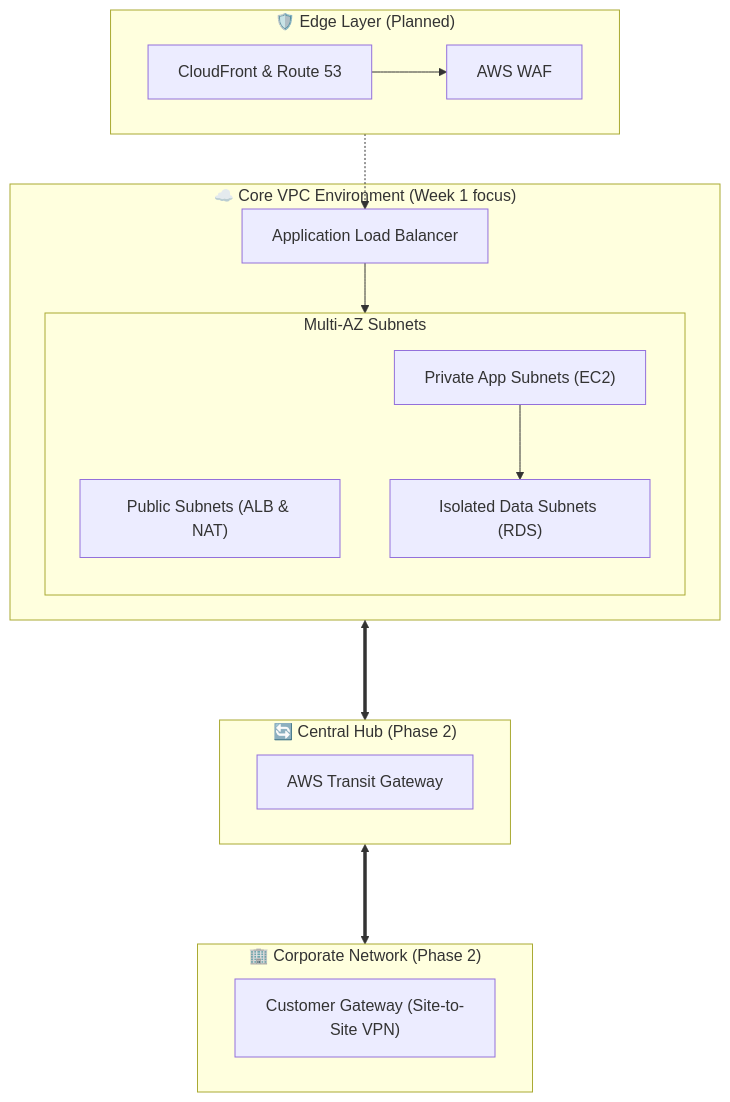
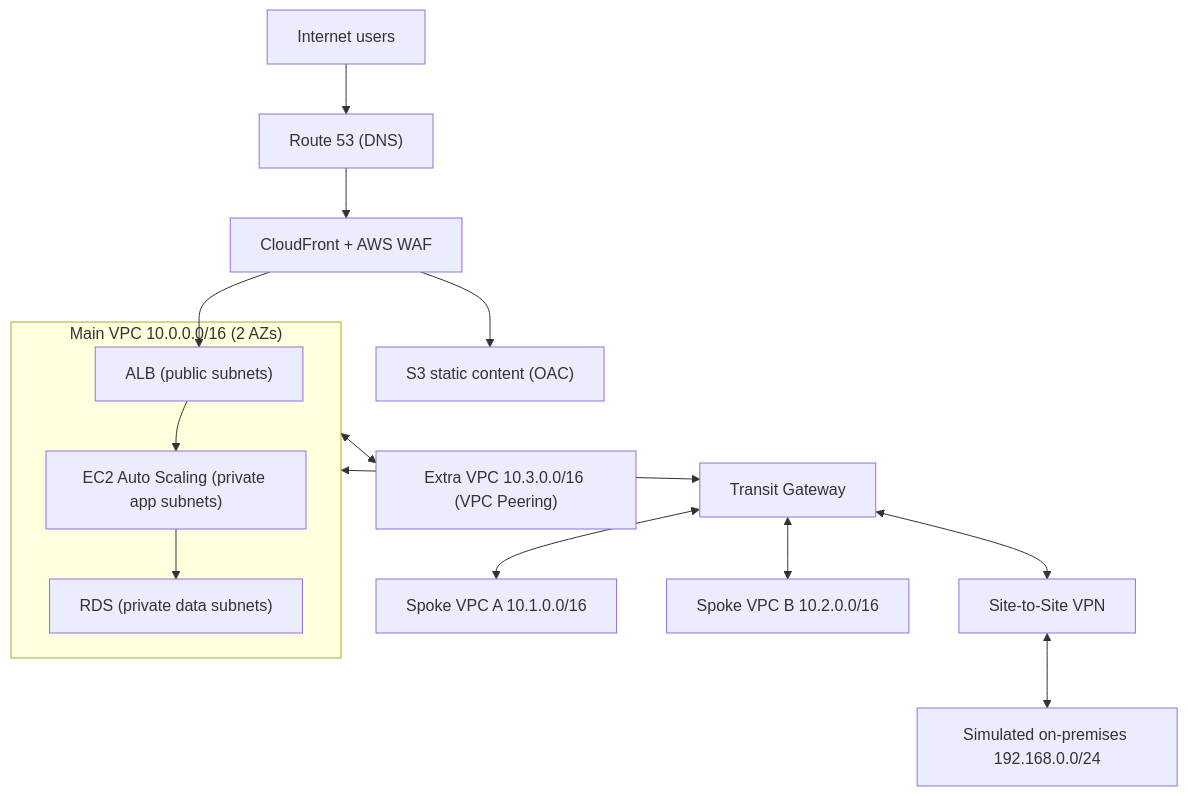
Before and after one commit to zyada7med2/depi-aws-network-architecture: the diagram in README.md, drawn with Mermaid. The commit also changed other lines of this file, not shown here.

````diff
--- a/README.md
+++ b/README.md
@@ -36,30 +48,19 @@
 ```mermaid
 flowchart TB
-    subgraph Edge[" 🛡️ Edge Layer (Planned) "]
-        CF["CloudFront & Route 53"] --> WAF["AWS WAF"]
+    Users["Internet users"] --> R53["Route 53 (DNS)"]
+    R53 --> CF["CloudFront + AWS WAF"]
+    CF --> S3["S3 static content (OAC)"]
+    CF --> ALB
+
+    subgraph Main["Main VPC 10.0.0.0/16 (2 AZs)"]
+        ALB["ALB (public subnets)"] --> App["EC2 Auto Scaling (private app subnets)"]
+        App --> DB["RDS (private data subnets)"]
     end
 
-    subgraph Core_VPC[" ☁️ Core VPC Environment (Week 1 focus) "]
-        ALB["Application Load Balancer"]
-        subgraph Subnets["Multi-AZ Subnets"]
-            direction TB
-            Pub["Public Subnets (ALB & NAT)"]
-            App["Private App Subnets (EC2)"]
-            DB["Isolated Data Subnets (RDS)"]
-        end
-        ALB --> App
-        App --> DB
-    end
-
-    subgraph Hub[" 🔄 Central Hub (Phase 2) "]
-        TGW["AWS Transit Gateway"]
-    end
-
-    subgraph OnPrem[" 🏢 Corporate Network (Phase 2) "]
-        CGW["Customer Gateway (Site-to-Site VPN)"]
-    end
-
-    Edge -.-> ALB
-    Core_VPC <===> Hub
-    Hub <===> OnPrem
+    Main <--> TGW["Transit Gateway"]
+    TGW <--> SpokeA["Spoke VPC A 10.1.0.0/16"]
+    TGW <--> SpokeB["Spoke VPC B 10.2.0.0/16"]
+    TGW <--> VPN["Site-to-Site VPN"]
+    VPN <--> OnPrem["Simulated on-premises 192.168.0.0/24"]
+    Main <--> Extra["Extra VPC 10.3.0.0/16 (VPC Peering)"]
 ```
````
